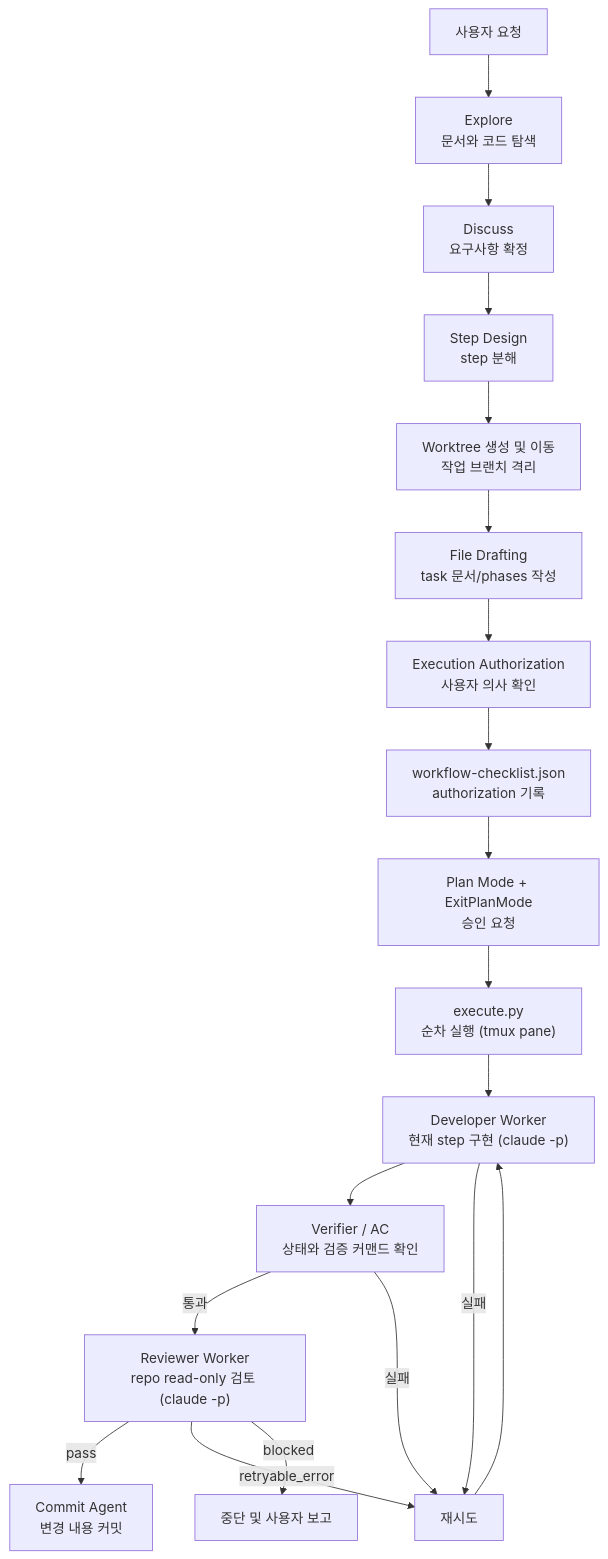
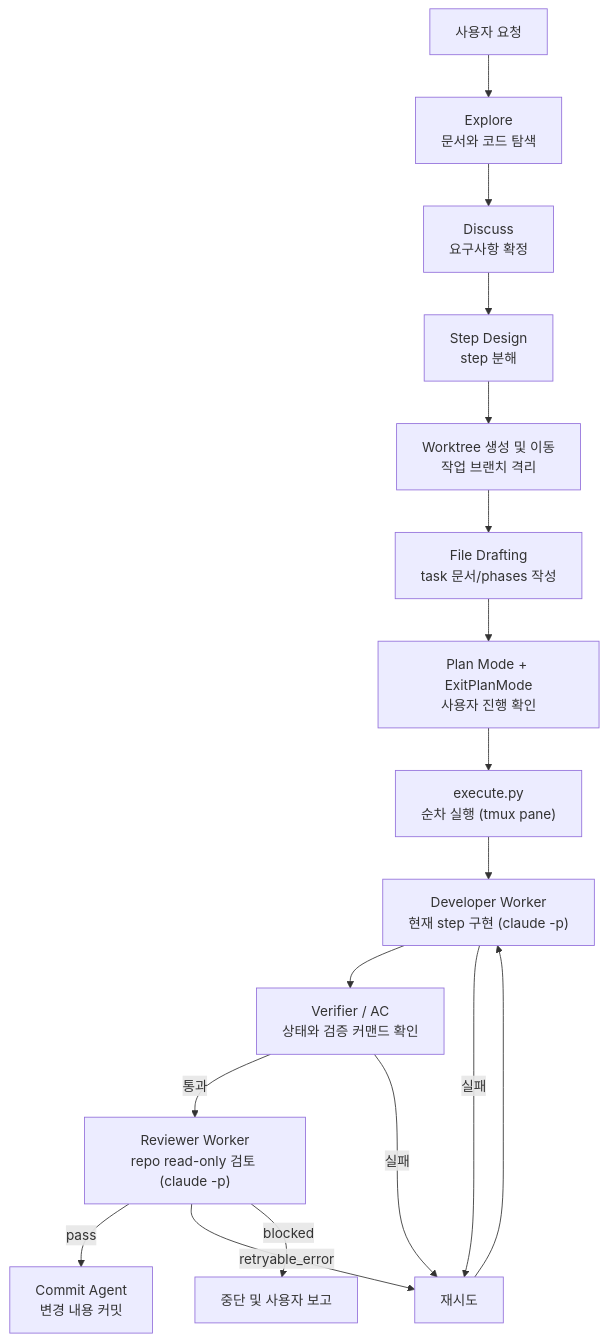
Before and after one commit to KimYeonWook511/commerce-backend: the diagram in docs/claude/skills/harness.md, drawn with Mermaid. The commit also changed other lines of this file and 9 other files, not shown here.

````diff
--- a/docs/claude/skills/harness.md
+++ b/docs/claude/skills/harness.md
@@ -9,21 +9,19 @@
 ```mermaid
 flowchart TD
     A["사용자 요청"] --> B["Explore<br>문서와 코드 탐색"]
     B --> C["Discuss<br>요구사항 확정"]
     C --> D["Step Design<br>step 분해"]
     D --> W["Worktree 생성 및 이동<br>작업 브랜치 격리"]
     W --> E["File Drafting<br>task 문서/phases 작성"]
-    E --> M["Execution Authorization<br>사용자 의사 확인"]
-    M --> N["workflow-checklist.json<br>authorization 기록"]
-    N --> O["Plan Mode + ExitPlanMode<br>승인 요청"]
+    E --> O["Plan Mode + ExitPlanMode<br>사용자 진행 확인"]
     O --> F["execute.py<br>순차 실행 (tmux pane)"]
     F --> G["Developer Worker<br>현재 step 구현 (claude -p)"]
     G --> H["Verifier / AC<br>상태와 검증 커맨드 확인"]
     H -->|통과| I["Reviewer Worker<br>repo read-only 검토 (claude -p)"]
     H -->|실패| J["재시도"]
     G -->|실패| J
     I -->|pass| K["Commit Agent<br>변경 내용 커밋"]
     I -->|retryable_error| J
     I -->|blocked| L["중단 및 사용자 보고"]
     J --> G
 ```
````
